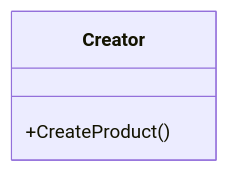
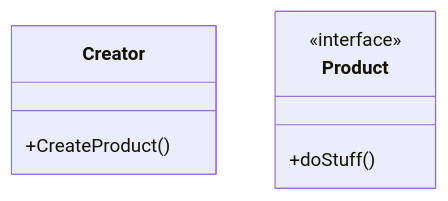
Before and after one commit to nahuelDev23/mermaid: the diagram in readme.md, drawn with Mermaid.

````diff
--- a/readme.md
+++ b/readme.md
@@ -1,7 +1,12 @@
 ```mermaid
 classDiagram
  
  class Creator{
  +CreateProduct()
  }
+ 
+ class Product{
+  +doStuff()
+ }
+ <<interface>> Product
 ```
````
